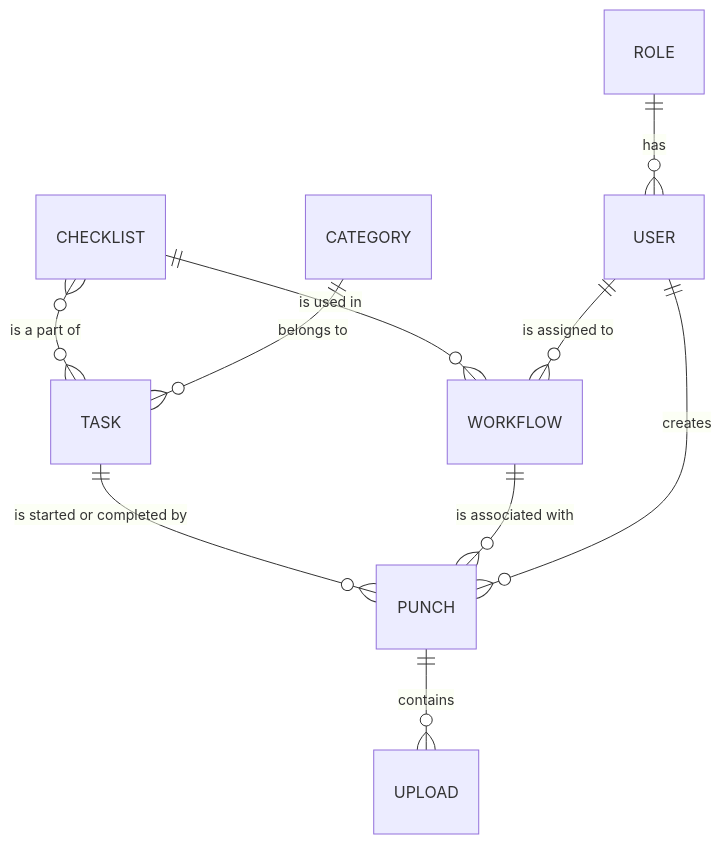
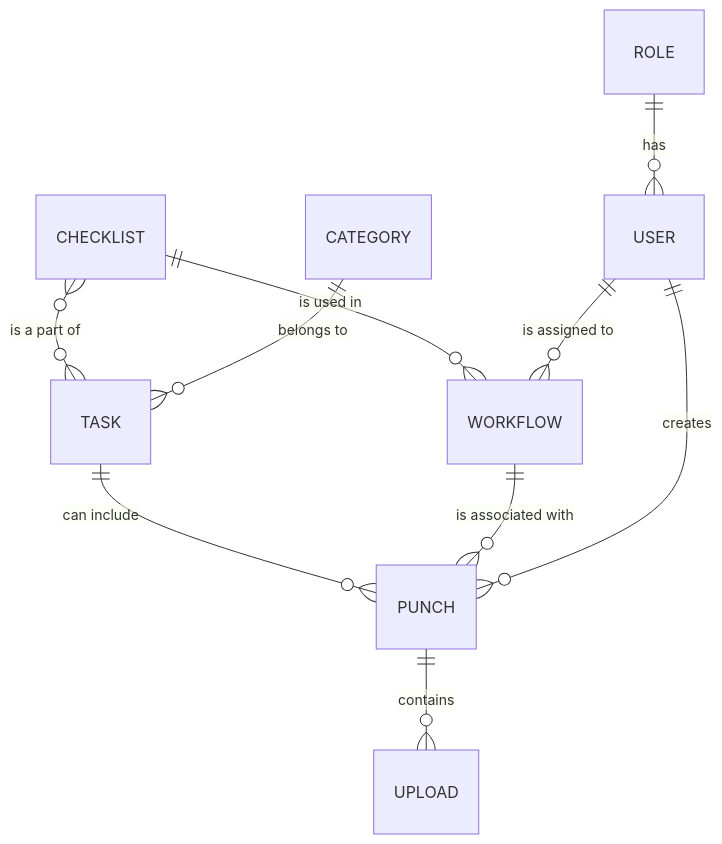
Before and after one commit to OptiCorp/turbin-sikker-api: the diagram in README.md, drawn with Mermaid.

````diff
--- a/README.md
+++ b/README.md
@@ -5,12 +5,12 @@
 ```mermaid
     erDiagram
         CHECKLIST }o--o{ TASK : "is a part of"
         CATEGORY ||--o{ TASK : "belongs to"
-        TASK ||--o{ PUNCH : "is started or completed by"
+        TASK ||--o{ PUNCH : "can include"
         WORKFLOW ||--o{ PUNCH : "is associated with"
         USER ||--o{ PUNCH : "creates"
         PUNCH ||--o{ UPLOAD : "contains"
         ROLE ||--o{ USER : "has"
         CHECKLIST ||--o{ WORKFLOW : "is used in"
         USER ||--o{ WORKFLOW : "is assigned to"
 ```
````
